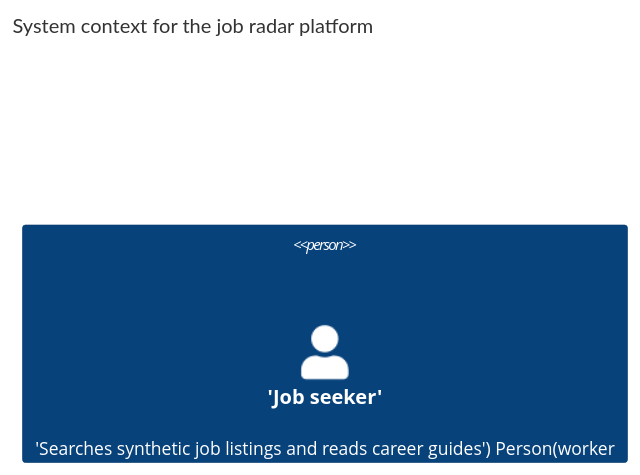
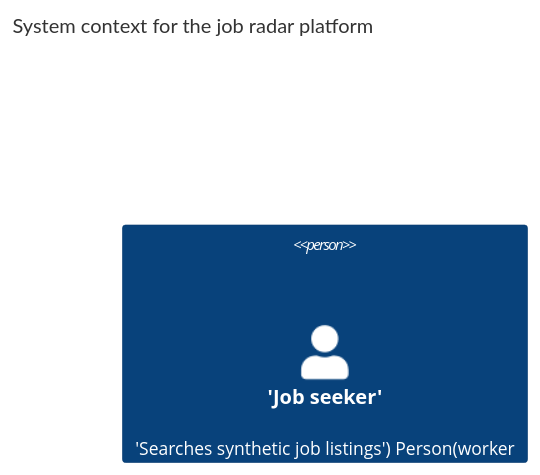
One commit to TuanKietTran/job-radar-mlops changed the diagram in docs/platform/diagrams/context.mmd. Above: the diagram before and after it, drawn with Mermaid. The commit also changed 39 other files, not shown here.

```diff
--- a/docs/platform/diagrams/context.mmd
+++ b/docs/platform/diagrams/context.mmd
@@ -1,16 +1,16 @@
 %% Context diagram for the job radar platform.
 %% Sources: ADR 0001 monorepo layout, ADR 0002 synthetic data only,
 %% ADR 0007 search API framework choice, ADR 0008 web stack.
 %% All data is synthetic. No real board is contacted and no real listing is copied.
 C4Context
 title System context for the job radar platform
-Person(job_seeker, 'Job seeker', 'Searches synthetic job listings and reads career guides')
+Person(job_seeker, 'Job seeker', 'Searches synthetic job listings')
 Person(worker, 'Platform worker', 'Runs ingest and the search API locally from a checkout')
-System(job_radar, 'Job radar platform', 'One public repo holding ingest, search, static web pages, guides and MLOps work')
+System(job_radar, 'Job radar platform', 'One public repo holding ingest, search, static web pages and MLOps work')
 System_Ext(fixtures, 'Synthetic fixtures', 'Invented boards and jobs under data fixtures boards, 22 boards and 228 canonical jobs')
 System_Ext(static_host, 'Static host', 'Any static host serving the generated HTML pages')
-Rel(job_seeker, job_radar, 'Searches listings and reads guides')
+Rel(job_seeker, job_radar, 'Searches listings')
 Rel(worker, job_radar, 'Runs ingest, search and page generation locally')
 Rel(job_radar, fixtures, 'Reads invented fixtures only')
 Rel(job_radar, static_host, 'Publishes generated HTML pages to')
 UpdateLayoutConfig($c4ShapeInRow="3", $c4BoundaryInRow="1")
```
